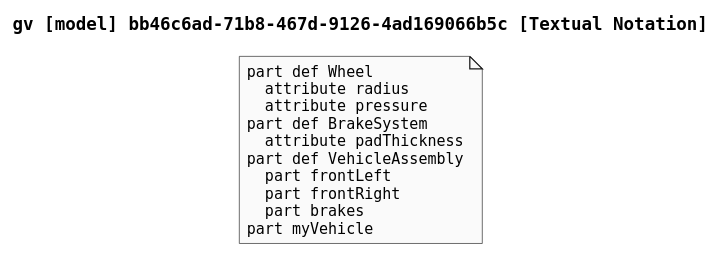
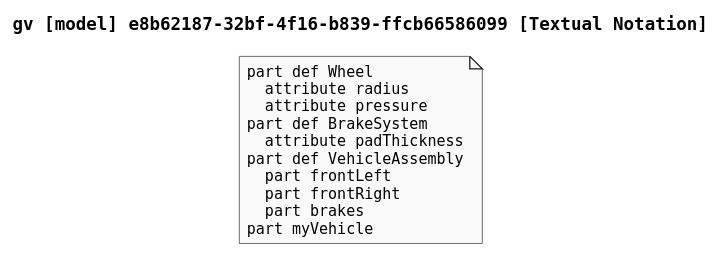
The diagram in docs/plantuml-examples/14-textual-notation.puml (mycr0ft/sysml2py), drawn with PlantUML before and after one commit. The commit also changed 25 other files, not shown here.

```diff
--- a/docs/plantuml-examples/14-textual-notation.puml
+++ b/docs/plantuml-examples/14-textual-notation.puml
@@ -1,23 +1,23 @@
 @startuml
 
 skinparam monochrome true
 skinparam defaultFontSize 12
 skinparam defaultFontName Helvetica
 skinparam defaultFontName Monospaced
 
-title gv [model] bb46c6ad-71b8-467d-9126-4ad169066b5c [Textual Notation]
+title gv [model] e8b62187-32bf-4f16-b839-ffcb66586099 [Textual Notation]
 
 note as TextualNotation
 part def Wheel
   attribute radius
   attribute pressure
 part def BrakeSystem
   attribute padThickness
 part def VehicleAssembly
   part frontLeft
   part frontRight
   part brakes
 part myVehicle
 end note
 
 @enduml
```
